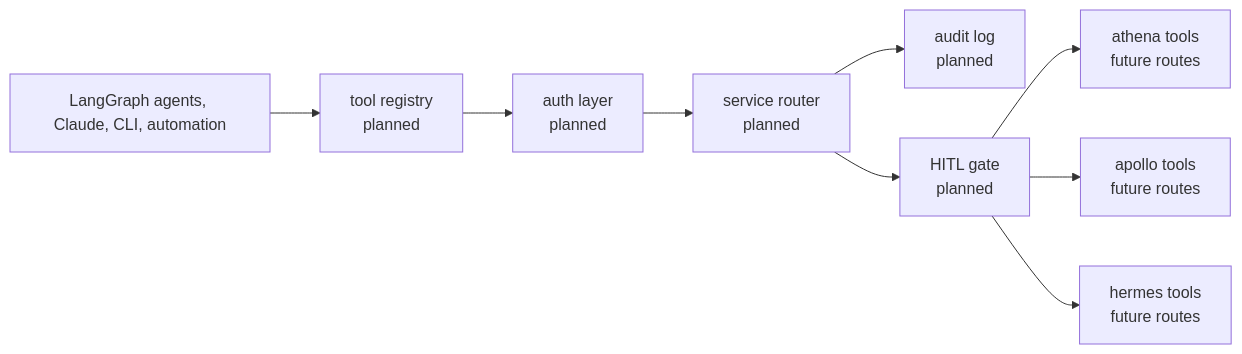
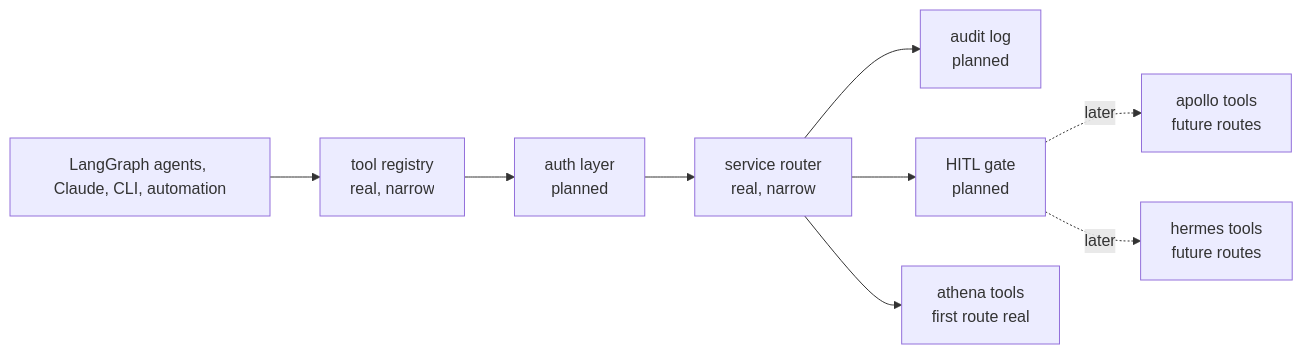
One commit to ixxet/ashton-mcp-gateway changed the diagram in docs/diagrams/gateway-route-and-approval.mmd. Above: the diagram before and after it, drawn with Mermaid. The commit also changed 3 other files, not shown here.

```diff
--- a/docs/diagrams/gateway-route-and-approval.mmd
+++ b/docs/diagrams/gateway-route-and-approval.mmd
@@ -1,17 +1,17 @@
 flowchart LR
   clients["LangGraph agents, Claude, CLI, automation"]
-  registry["tool registry<br/>planned"]
+  registry["tool registry<br/>real, narrow"]
   auth["auth layer<br/>planned"]
-  router["service router<br/>planned"]
+  router["service router<br/>real, narrow"]
   audit["audit log<br/>planned"]
   hitl["HITL gate<br/>planned"]
-  athena["athena tools<br/>future routes"]
+  athena["athena tools<br/>first route real"]
   apollo["apollo tools<br/>future routes"]
   hermes["hermes tools<br/>future routes"]
 
   clients --> registry --> auth --> router
   router --> audit
   router --> hitl
-  hitl --> athena
-  hitl --> apollo
-  hitl --> hermes
+  router --> athena
+  hitl -. later .-> apollo
+  hitl -. later .-> hermes
```
